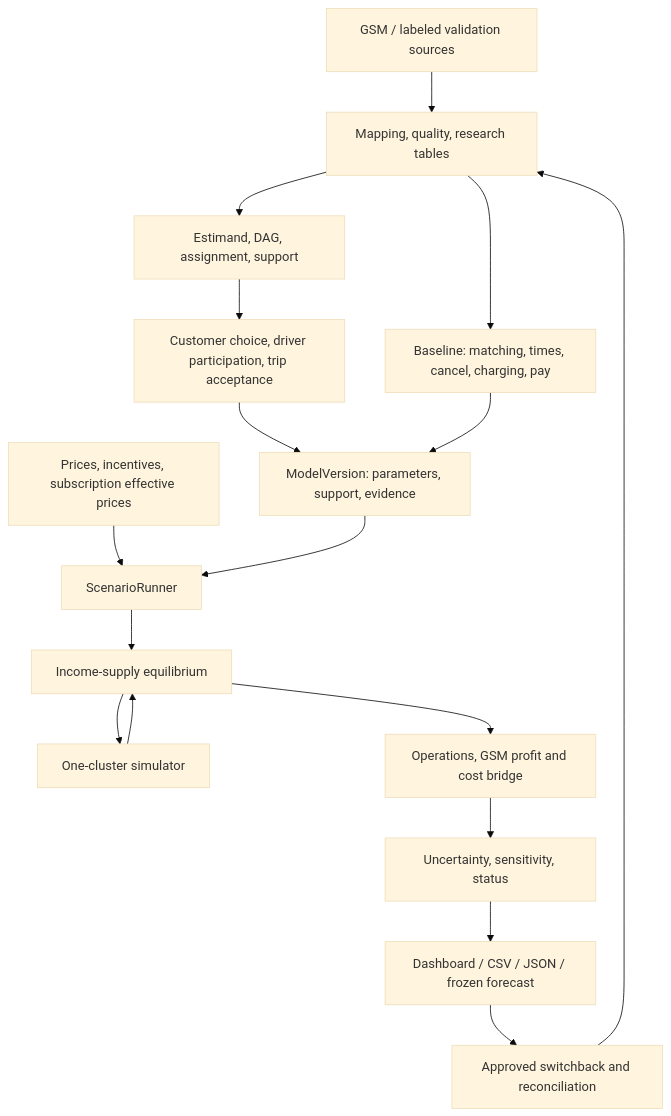
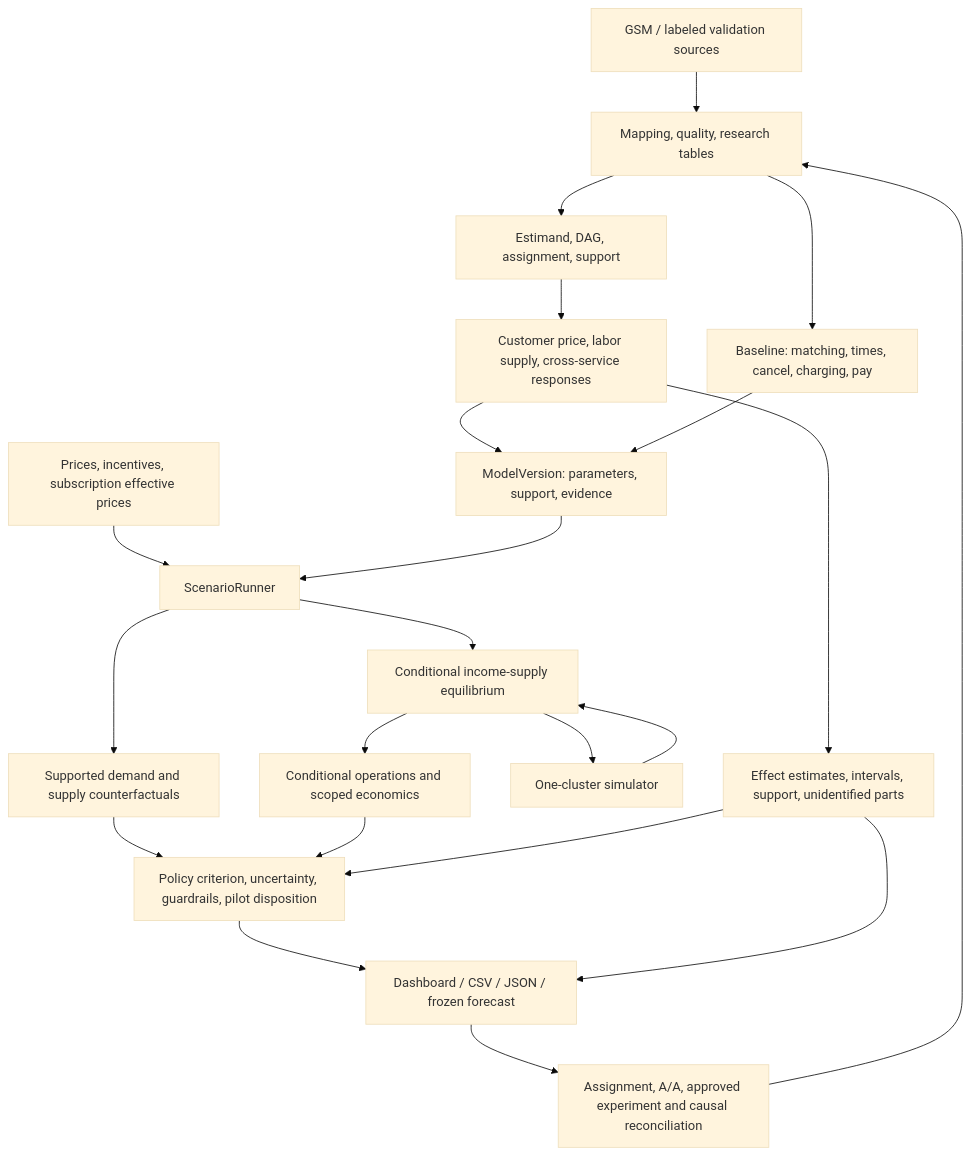
Before and after one commit to Muscar1a/gsm-ride-hailing: the first of 2 diagrams in docs/reference/CORE_ENGINE_DESIGN.md, drawn with Mermaid (base theme). The commit also changed other lines of this file and 6 other files, not shown here.

First line of the commit message:
docs: elevate causal identification, business criteria, and experiment validity

````diff
--- a/docs/reference/CORE_ENGINE_DESIGN.md
+++ b/docs/reference/CORE_ENGINE_DESIGN.md
@@ -91,19 +107,24 @@
 ```mermaid
 flowchart TD
     Sources["GSM / labeled validation sources"] --> Data["Mapping, quality, research tables"]
     Data --> Identification["Estimand, DAG, assignment, support"]
-    Identification --> Responses["Customer choice, driver participation, trip acceptance"]
+    Identification --> Responses["Customer price, labor supply, cross-service responses"]
+    Responses --> Evidence["Effect estimates, intervals, support, unidentified parts"]
     Data --> Calibration["Baseline: matching, times, cancel, charging, pay"]
     Responses --> Version["ModelVersion: parameters, support, evidence"]
     Calibration --> Version
     Policy["Prices, incentives, subscription effective prices"] --> Runner["ScenarioRunner"]
     Version --> Runner
-    Runner --> Solver["Income-supply equilibrium"]
+    Runner --> Forecast["Supported demand and supply counterfactuals"]
+    Runner --> Solver["Conditional income-supply equilibrium"]
     Solver --> Simulator["One-cluster simulator"]
     Simulator --> Solver
-    Solver --> Economics["Operations, GSM profit and cost bridge"]
-    Economics --> Uncertainty["Uncertainty, sensitivity, status"]
-    Uncertainty --> Output["Dashboard / CSV / JSON / frozen forecast"]
-    Output --> Experiment["Approved switchback and reconciliation"]
+    Solver --> Operations["Conditional operations and scoped economics"]
+    Forecast --> Assessment["Policy criterion, uncertainty, guardrails, pilot disposition"]
+    Operations --> Assessment
+    Evidence --> Assessment
+    Assessment --> Output["Dashboard / CSV / JSON / frozen forecast"]
+    Evidence --> Output
+    Output --> Experiment["Assignment, A/A, approved experiment and causal reconciliation"]
     Experiment --> Data
 ```
````
